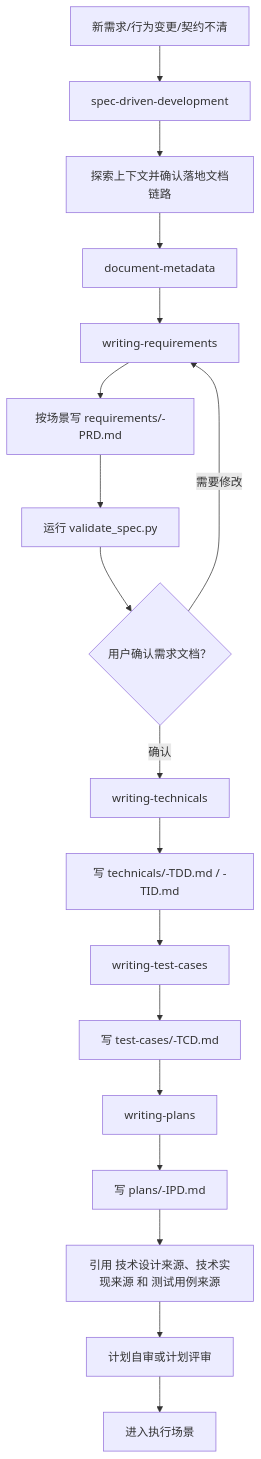
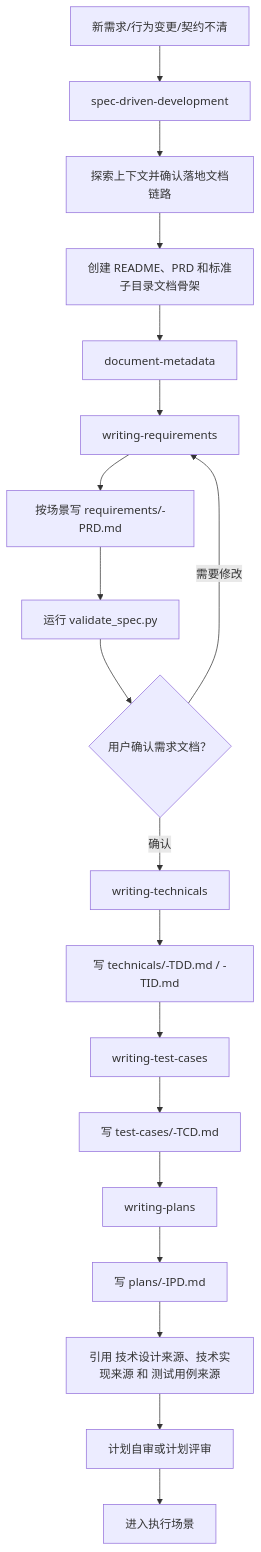
Before and after one commit to Vincen-dev/coding-plugins: the third of 11 diagrams in docs/workflow-chain.md, drawn with Mermaid. The commit also changed other lines of this file and 25 other files, not shown here.

````diff
--- a/docs/workflow-chain.md
+++ b/docs/workflow-chain.md
@@ -186,20 +186,21 @@
 ```mermaid
 flowchart TD
   A["新需求/行为变更/契约不清"] --> B["spec-driven-development"]
   B --> C["探索上下文并确认落地文档链路"]
-  C --> META["document-metadata"]
+  C --> SCAFFOLD["创建 README、PRD 和标准子目录文档骨架"]
+  SCAFFOLD --> META["document-metadata"]
   META --> D["writing-requirements"]
   D --> E["按场景写 requirements/<feature-name>-PRD.md"]
   E --> F["运行 validate_spec.py"]
   F --> G{"用户确认需求文档？"}
   G -->|需要修改| D
   G -->|确认| TD["writing-technicals"]
   TD --> H["写 technicals/<feature-name>-TDD.md / <feature-name>-TID.md"]
   H --> TC["writing-test-cases"]
   TC --> I["写 test-cases/<feature-name>-TCD.md"]
   I --> PLAN["writing-plans"]
   PLAN --> J["写 plans/<feature-name>-IPD.md"]
   J --> K["引用 技术设计来源、技术实现来源 和 测试用例来源"]
   K --> L["计划自审或计划评审"]
   L --> M["进入执行场景"]
 ```
````
